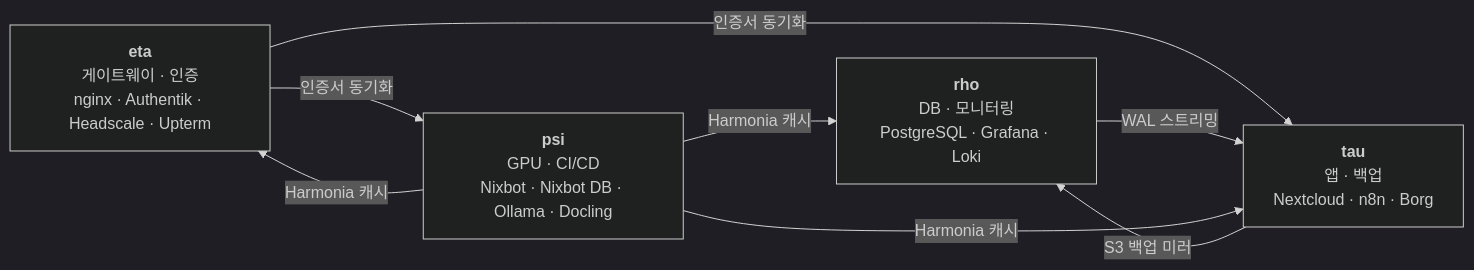
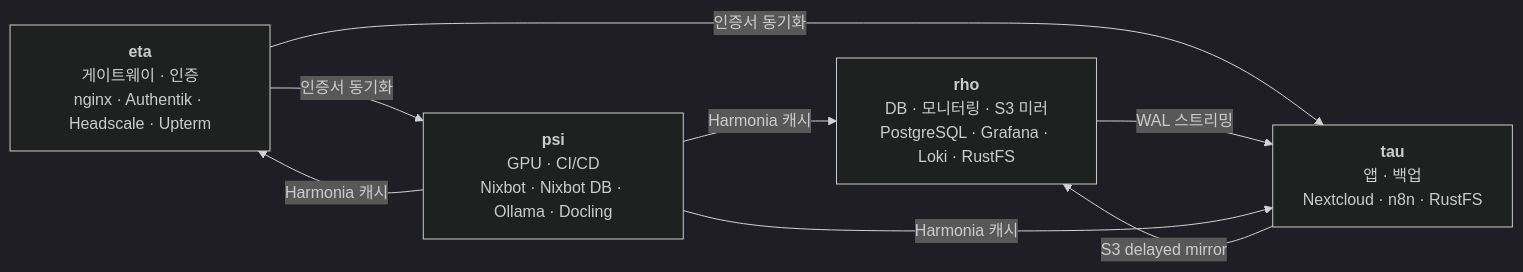
The first of 2 diagrams in docs/admin/architecture.md (SBEE-Lab/infra), drawn with Mermaid (dark theme) before and after one commit. The commit also changed 8 other files, not shown here.

````diff
--- a/docs/admin/architecture.md
+++ b/docs/admin/architecture.md
@@ -13,12 +13,12 @@
 ```mermaid
 graph LR
   eta["<b>eta</b><br/>게이트웨이 · 인증<br/>nginx · Authentik · Headscale · Upterm"]
   psi["<b>psi</b><br/>GPU · CI/CD<br/>Nixbot · Nixbot DB · Ollama · Docling"]
-  rho["<b>rho</b><br/>DB · 모니터링<br/>PostgreSQL · Grafana · Loki"]
-  tau["<b>tau</b><br/>앱 · 백업<br/>Nextcloud · n8n · Borg"]
+  rho["<b>rho</b><br/>DB · 모니터링 · S3 미러<br/>PostgreSQL · Grafana · Loki · RustFS"]
+  tau["<b>tau</b><br/>앱 · 백업<br/>Nextcloud · n8n · RustFS"]
 
   eta -- "인증서 동기화" --> psi & tau
   rho -- "WAL 스트리밍" --> tau
-  tau -- "S3 백업 미러" --> rho
+  tau -- "S3 delayed mirror" --> rho
   psi -- "Harmonia 캐시" --> rho & tau & eta
 ```
````
